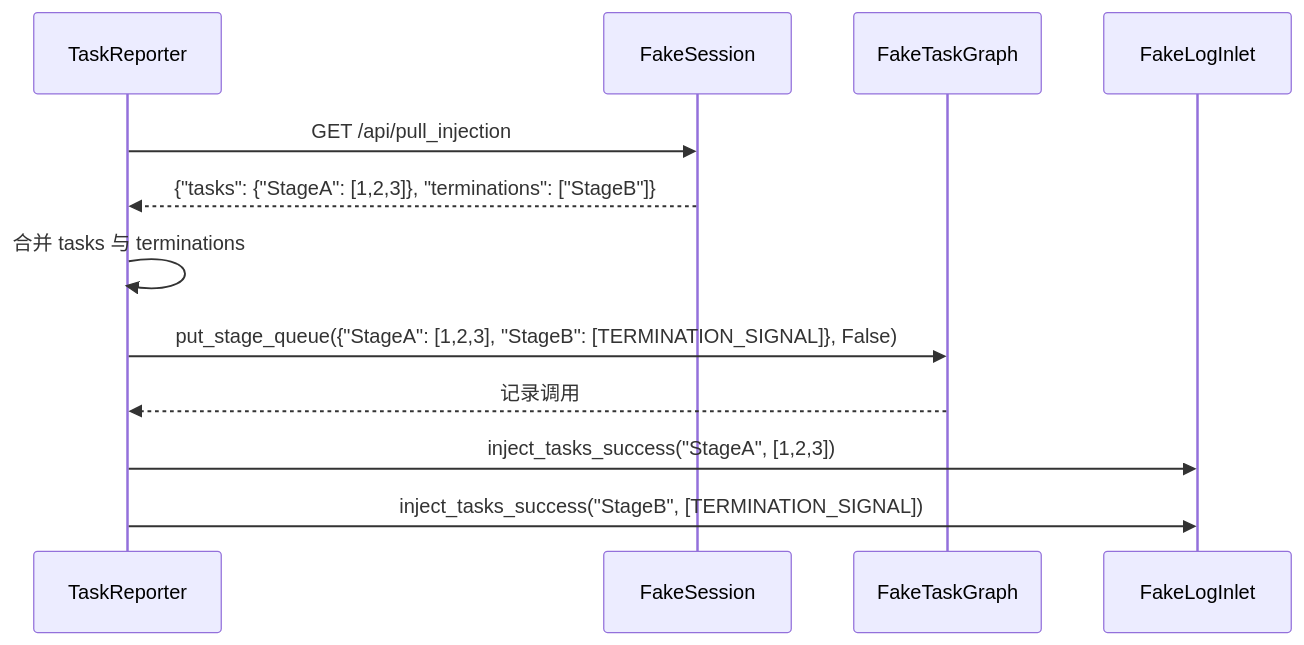
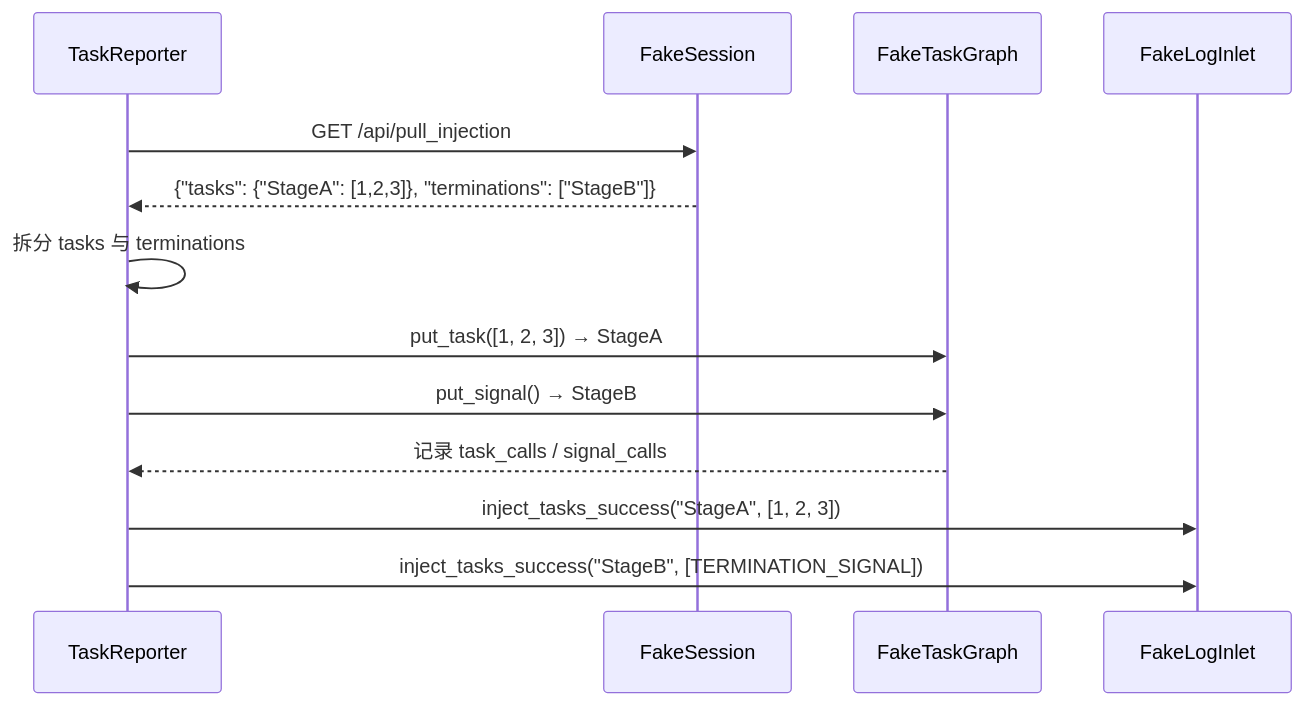
Before and after one commit to Mr-xiaotian/CelestialFlow: the diagram in docs/zh-CN/tests/observability/test_reporter.md, drawn with Mermaid. The commit also changed other lines of this file and 41 other files, not shown here.

````diff
--- a/docs/zh-CN/tests/observability/test_reporter.md
+++ b/docs/zh-CN/tests/observability/test_reporter.md
@@ -31,15 +32,16 @@
 ```mermaid
 sequenceDiagram
     participant R as TaskReporter
     participant S as FakeSession
     participant G as FakeTaskGraph
     participant L as FakeLogInlet
 
     R->>S: GET /api/pull_injection
     S-->>R: {"tasks": {"StageA": [1,2,3]}, "terminations": ["StageB"]}
-    R->>R: 合并 tasks 与 terminations
-    R->>G: put_stage_queue({"StageA": [1,2,3], "StageB": [TERMINATION_SIGNAL]}, False)
-    G-->>R: 记录调用
-    R->>L: inject_tasks_success("StageA", [1,2,3])
+    R->>R: 拆分 tasks 与 terminations
+    R->>G: put_task([1, 2, 3]) → StageA
+    R->>G: put_signal() → StageB
+    G-->>R: 记录 task_calls / signal_calls
+    R->>L: inject_tasks_success("StageA", [1, 2, 3])
     R->>L: inject_tasks_success("StageB", [TERMINATION_SIGNAL])
 ```
````
